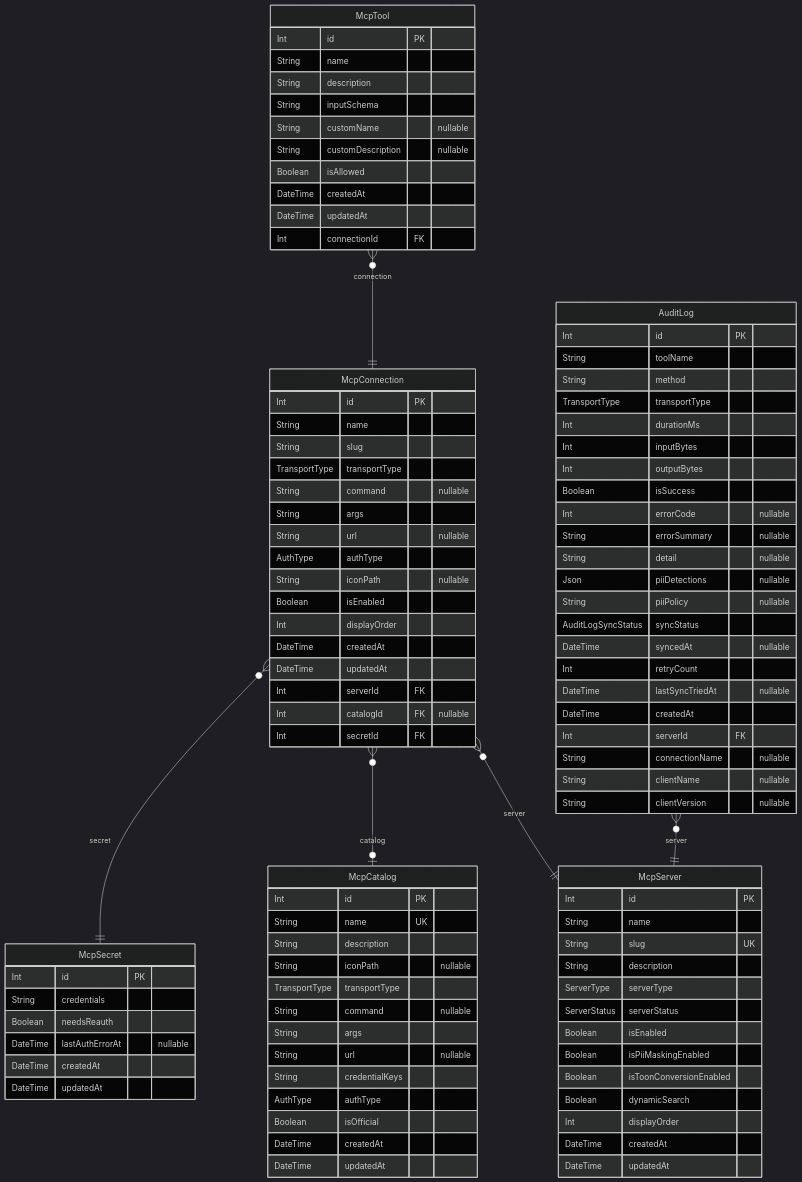
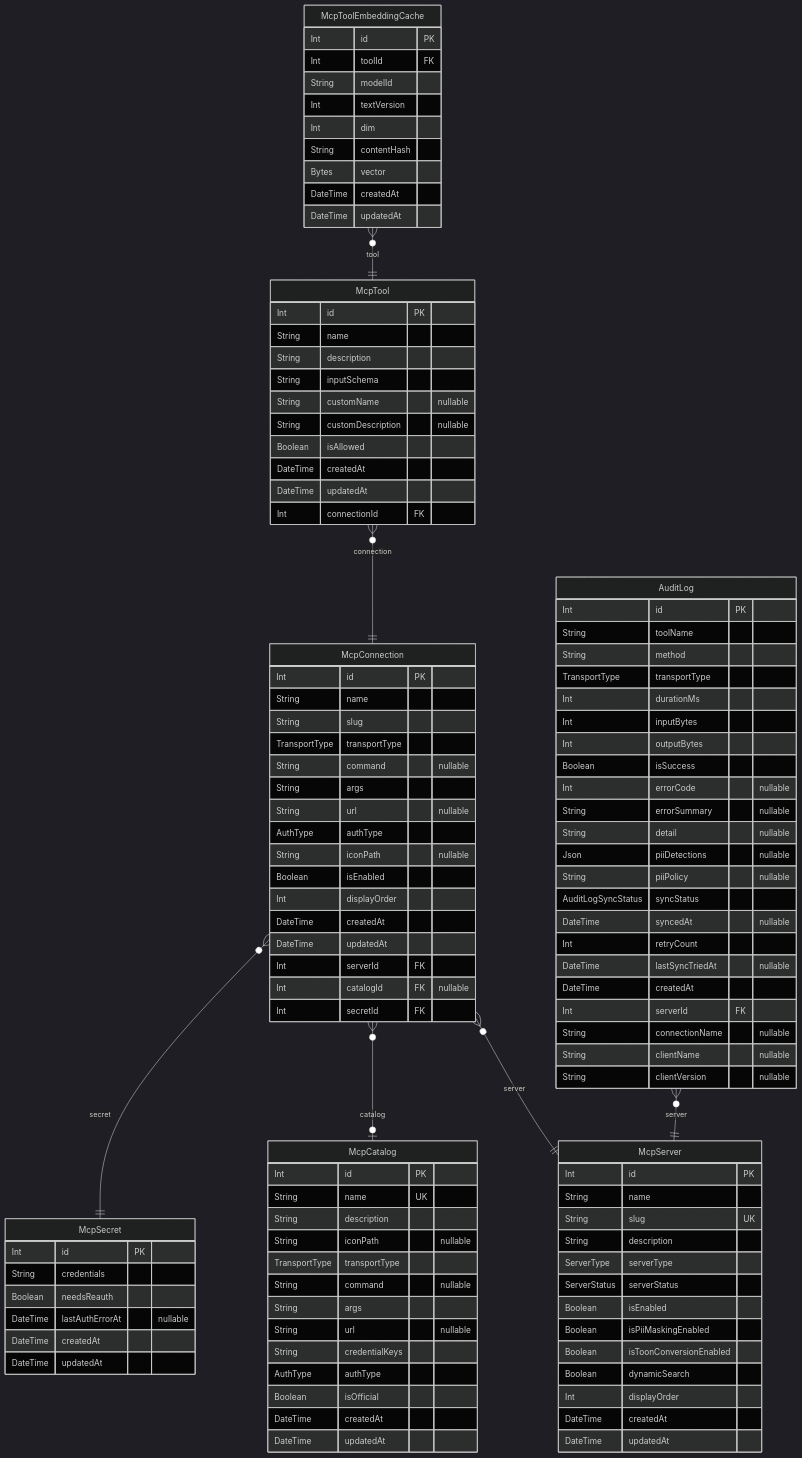
Before and after one commit to rayven122/tumiki: the second of 3 diagrams in apps/desktop/prisma/README.md, drawn with Mermaid (dark theme). The commit also changed other lines of this file and 5 other files, not shown here.

Commit message:
feat(desktop): cache tool embeddings for dynamic search

````diff
--- a/apps/desktop/prisma/README.md
+++ b/apps/desktop/prisma/README.md
@@ -88,6 +88,17 @@
   DateTime updatedAt
   Int connectionId FK
 }
+"McpToolEmbeddingCache" {
+  Int id PK
+  Int toolId FK
+  String modelId
+  Int textVersion
+  Int dim
+  String contentHash
+  Bytes vector
+  DateTime createdAt
+  DateTime updatedAt
+}
 "McpServer" {
   Int id PK
   String name
@@ -131,5 +142,6 @@
 "McpConnection" }o--o| "McpCatalog" : catalog
 "McpConnection" }o--|| "McpSecret" : secret
 "McpTool" }o--|| "McpConnection" : connection
+"McpToolEmbeddingCache" }o--|| "McpTool" : tool
 "AuditLog" }o--|| "McpServer" : server
 ```
````
